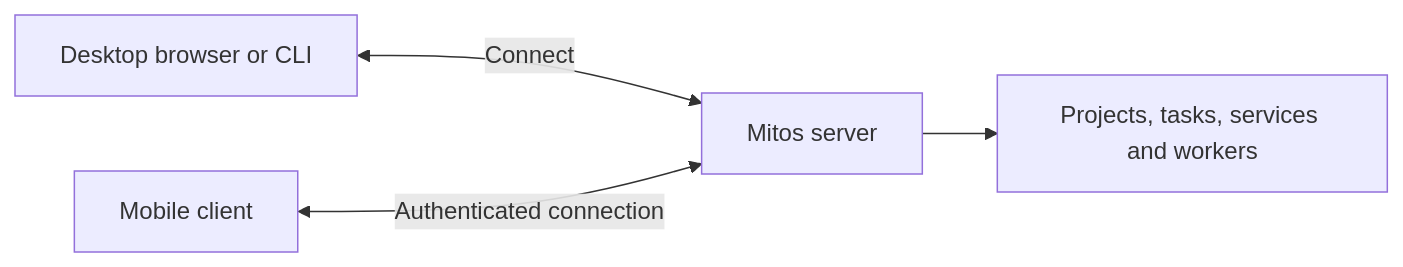
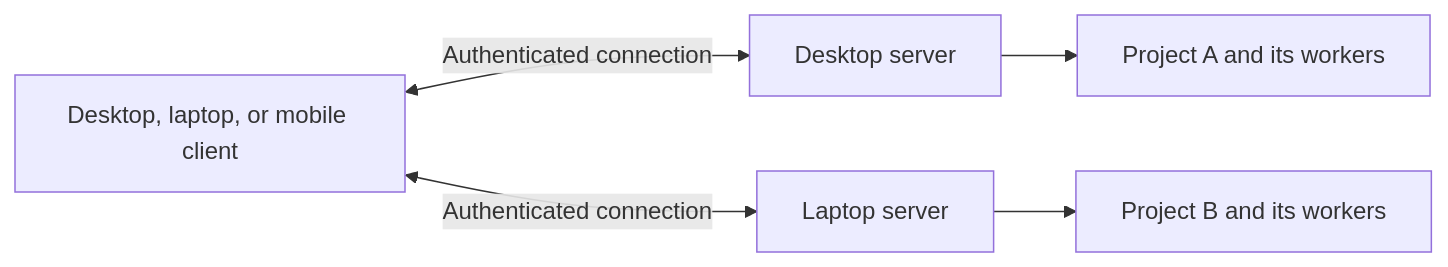
The diagram in spec/product/01_PRODUCT.md (sig-id/mitos), drawn with Mermaid before and after one commit. The commit also changed other lines of this file and 25 other files, not shown here.

````diff
--- a/spec/product/01_PRODUCT.md
+++ b/spec/product/01_PRODUCT.md
@@ -115,6 +118,7 @@
 ```mermaid
 flowchart LR
-    D[Desktop browser or CLI] <-->|Connect| S[Mitos server]
-    M[Mobile client] <-->|Authenticated connection| S
-    S --> W[Projects, tasks, services and workers]
+    C[Desktop, laptop, or mobile client] <-->|Authenticated connection| D[Desktop server]
+    C <-->|Authenticated connection| L[Laptop server]
+    D --> A[Project A and its workers]
+    L --> B[Project B and its workers]
 ```
````
